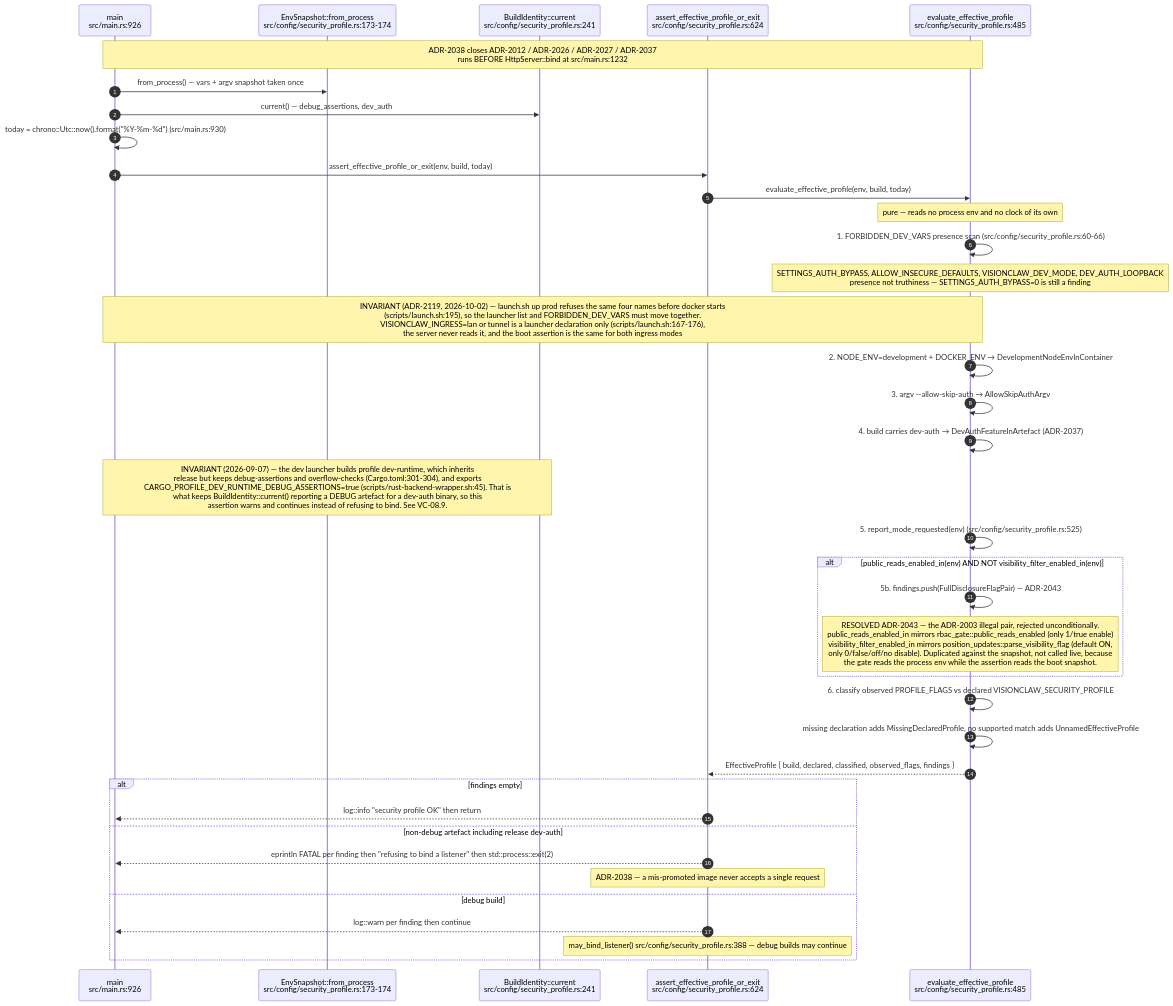
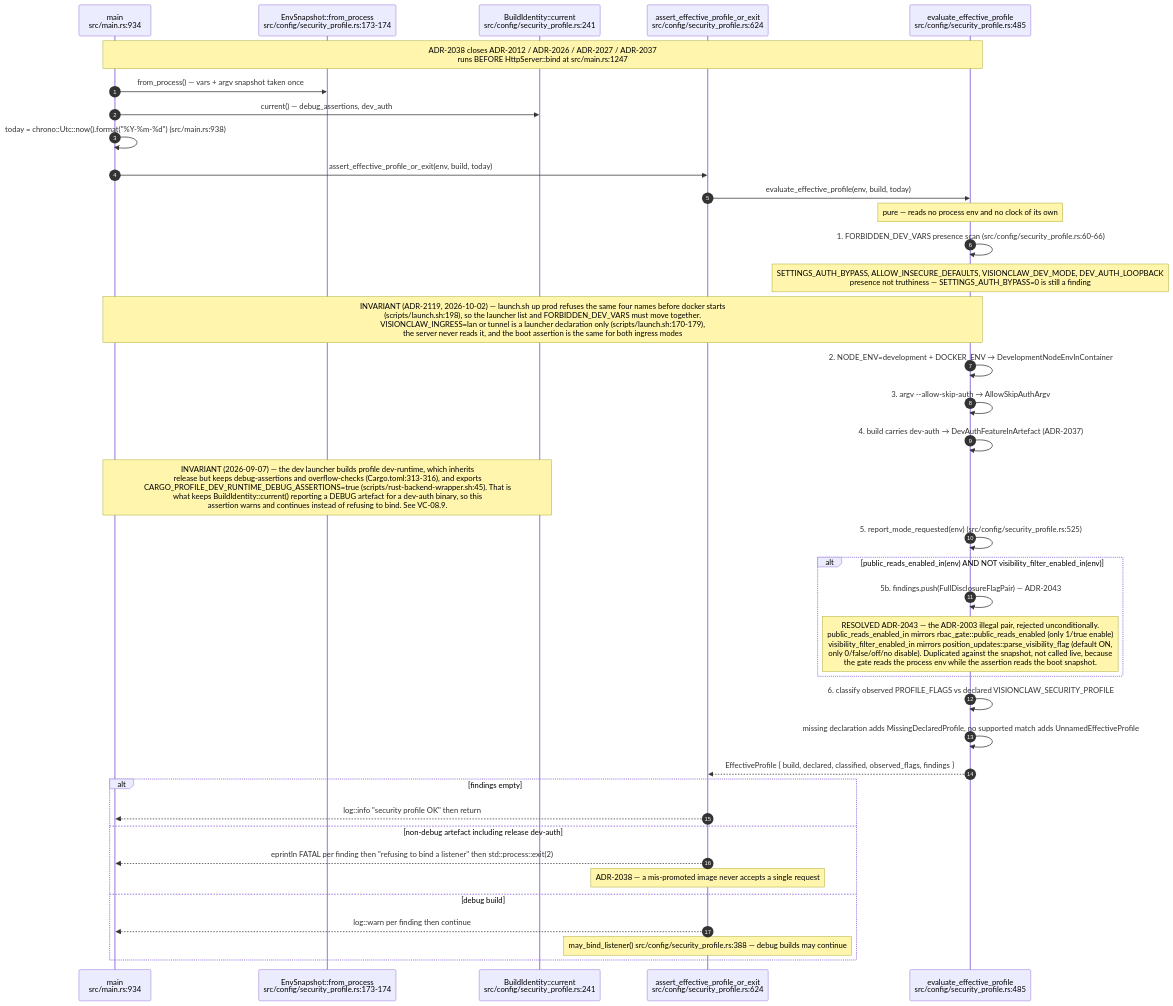
One commit to DreamLab-AI/VisionFlow changed the fourth of 15 diagrams in docs/diagrams/visionclaw/09-config-and-env-flags.md. Above: the diagram before and after it, drawn with Mermaid. The commit also changed other lines of this file and 8 other files, not shown here.

Commit message:
docs(diagrams): multi-MCP discovery is real; re-stamp visionclaw 01/03/05/09/27 and estate/02

````diff
--- a/docs/diagrams/visionclaw/09-config-and-env-flags.md
+++ b/docs/diagrams/visionclaw/09-config-and-env-flags.md
@@ -189,41 +189,41 @@
 ```mermaid
 sequenceDiagram
     autonumber
-    participant M as main<br/>src/main.rs:926
+    participant M as main<br/>src/main.rs:934
     participant E as EnvSnapshot::from_process<br/>src/config/security_profile.rs:173-174
     participant BI as BuildIdentity::current<br/>src/config/security_profile.rs:241
     participant A as assert_effective_profile_or_exit<br/>src/config/security_profile.rs:624
     participant V as evaluate_effective_profile<br/>src/config/security_profile.rs:485
 
-    Note over M,V: ADR-2038 closes ADR-2012 / ADR-2026 / ADR-2027 / ADR-2037<br/>runs BEFORE HttpServer::bind at src/main.rs:1232
+    Note over M,V: ADR-2038 closes ADR-2012 / ADR-2026 / ADR-2027 / ADR-2037<br/>runs BEFORE HttpServer::bind at src/main.rs:1247
     M->>E: from_process() — vars + argv snapshot taken once
     M->>BI: current() — debug_assertions, dev_auth
-    M->>M: today = chrono::Utc::now().format("%Y-%m-%d") (src/main.rs:930)
+    M->>M: today = chrono::Utc::now().format("%Y-%m-%d") (src/main.rs:938)
     M->>A: assert_effective_profile_or_exit(env, build, today)
     A->>V: evaluate_effective_profile(env, build, today)
     Note over V: pure — reads no process env and no clock of its own
     V->>V: 1. FORBIDDEN_DEV_VARS presence scan (src/config/security_profile.rs:60-66)
     Note over V: SETTINGS_AUTH_BYPASS, ALLOW_INSECURE_DEFAULTS, VISIONCLAW_DEV_MODE, DEV_AUTH_LOOPBACK<br/>presence not truthiness — SETTINGS_AUTH_BYPASS=0 is still a finding
-    Note over M,V: INVARIANT (ADR-2119, 2026-10-02) — launch.sh up prod refuses the same four names before docker starts<br/>(scripts/launch.sh:195), so the launcher list and FORBIDDEN_DEV_VARS must move together.<br/>VISIONCLAW_INGRESS=lan or tunnel is a launcher declaration only (scripts/launch.sh:167-176),<br/>the server never reads it, and the boot assertion is the same for both ingress modes
+    Note over M,V: INVARIANT (ADR-2119, 2026-10-02) — launch.sh up prod refuses the same four names before docker starts<br/>(scripts/launch.sh:198), so the launcher list and FORBIDDEN_DEV_VARS must move together.<br/>VISIONCLAW_INGRESS=lan or tunnel is a launcher declaration only (scripts/launch.sh:170-179),<br/>the server never reads it, and the boot assertion is the same for both ingress modes
     V->>V: 2. NODE_ENV=development + DOCKER_ENV → DevelopmentNodeEnvInContainer
     V->>V: 3. argv --allow-skip-auth → AllowSkipAuthArgv
     V->>V: 4. build carries dev-auth → DevAuthFeatureInArtefact (ADR-2037)
-    Note over M,BI: INVARIANT (2026-09-07) — the dev launcher builds profile dev-runtime, which inherits<br/>release but keeps debug-assertions and overflow-checks (Cargo.toml:301-304), and exports<br/>CARGO_PROFILE_DEV_RUNTIME_DEBUG_ASSERTIONS=true (scripts/rust-backend-wrapper.sh:45). That is<br/>what keeps BuildIdentity::current() reporting a DEBUG artefact for a dev-auth binary, so this<br/>assertion warns and continues instead of refusing to bind. See VC-08.9.
+    Note over M,BI: INVARIANT (2026-09-07) — the dev launcher builds profile dev-runtime, which inherits<br/>release but keeps debug-assertions and overflow-checks (Cargo.toml:313-316), and exports<br/>CARGO_PROFILE_DEV_RUNTIME_DEBUG_ASSERTIONS=true (scripts/rust-backend-wrapper.sh:45). That is<br/>what keeps BuildIdentity::current() reporting a DEBUG artefact for a dev-auth binary, so this<br/>assertion warns and continues instead of refusing to bind. See VC-08.9.
     V->>V: 5. report_mode_requested(env) (src/config/security_profile.rs:525)
     alt public_reads_enabled_in(env) AND NOT visibility_filter_enabled_in(env)
         V->>V: 5b. findings.push(FullDisclosureFlagPair) — ADR-2043
         Note over V: RESOLVED ADR-2043 — the ADR-2003 illegal pair, rejected unconditionally.<br/>public_reads_enabled_in mirrors rbac_gate::public_reads_enabled (only 1/true enable)<br/>visibility_filter_enabled_in mirrors position_updates::parse_visibility_flag (default ON,<br/>only 0/false/off/no disable). Duplicated against the snapshot, not called live, because<br/>the gate reads the process env while the assertion reads the boot snapshot.
     end
     V->>V: 6. classify observed PROFILE_FLAGS vs declared VISIONCLAW_SECURITY_PROFILE
     V->>V: missing declaration adds MissingDeclaredProfile, no supported match adds UnnamedEffectiveProfile
     V-->>A: EffectiveProfile { build, declared, classified, observed_flags, findings }
     alt findings empty
         A-->>M: log::info "security profile OK" then return
     else non-debug artefact including release dev-auth
         A-->>M: eprintln FATAL per finding then "refusing to bind a listener" then std::process::exit(2)
         Note over A: ADR-2038 — a mis-promoted image never accepts a single request
     else debug build
         A-->>M: log::warn per finding then continue
         Note over A: may_bind_listener() src/config/security_profile.rs:388 — debug builds may continue
     end
 ```
````
